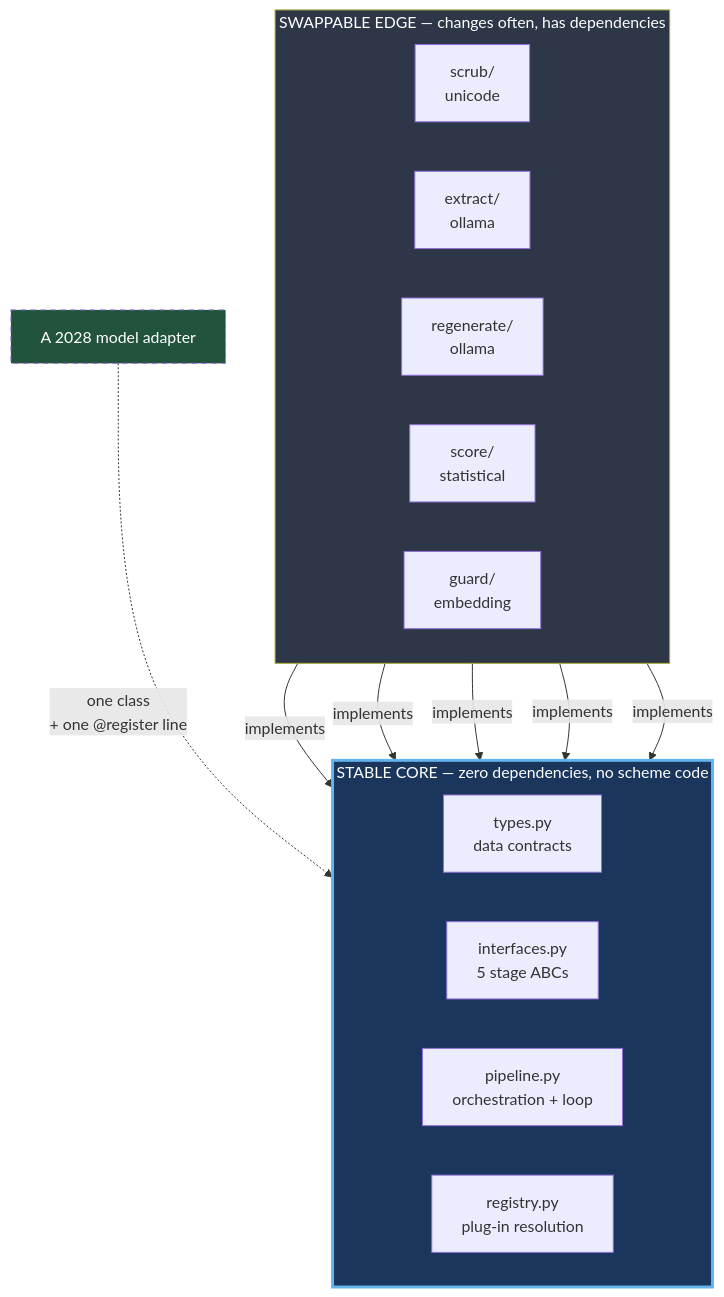
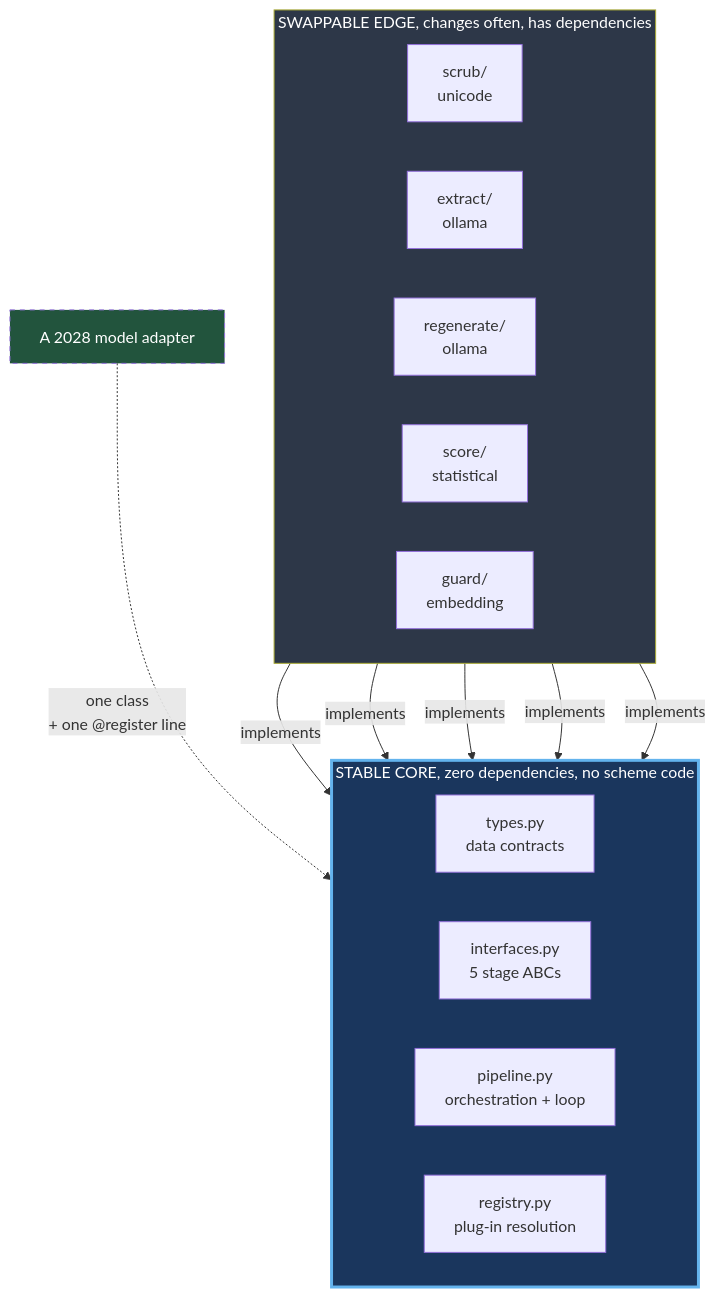
The fourth of 7 diagrams in docs/diagrams.md (Shreyan1/ai-text-watermark-remover), drawn with Mermaid before and after one commit. The commit also changed other lines of this file and 53 other files, not shown here.

````diff
--- a/docs/diagrams.md
+++ b/docs/diagrams.md
@@ -141,31 +141,31 @@
 ```mermaid
 flowchart TB
-    subgraph EDGE["SWAPPABLE EDGE — changes often, has dependencies"]
+    subgraph EDGE["SWAPPABLE EDGE, changes often, has dependencies"]
         direction LR
         SC["scrub/<br/>unicode"]
         EX["extract/<br/>ollama"]
         RG["regenerate/<br/>ollama"]
         ZS["score/<br/>statistical"]
         GD["guard/<br/>embedding"]
     end
 
-    subgraph CORE["STABLE CORE — zero dependencies, no scheme code"]
+    subgraph CORE["STABLE CORE, zero dependencies, no scheme code"]
         direction LR
         T["types.py<br/>data contracts"]
         I["interfaces.py<br/>5 stage ABCs"]
         P["pipeline.py<br/>orchestration + loop"]
         R["registry.py<br/>plug-in resolution"]
     end
 
     SC -->|implements| I
     EX -->|implements| I
     RG -->|implements| I
     ZS -->|implements| I
     GD -->|implements| I
 
     NEW["A 2028 model adapter"] -.->|"one class<br/>+ one @register line"| I
 
     style CORE fill:#1a365d,color:#fff,stroke:#63b3ed,stroke-width:3px
     style EDGE fill:#2d3748,color:#fff
     style NEW stroke-dasharray: 5 5,fill:#22543d,color:#fff
 ```
````
